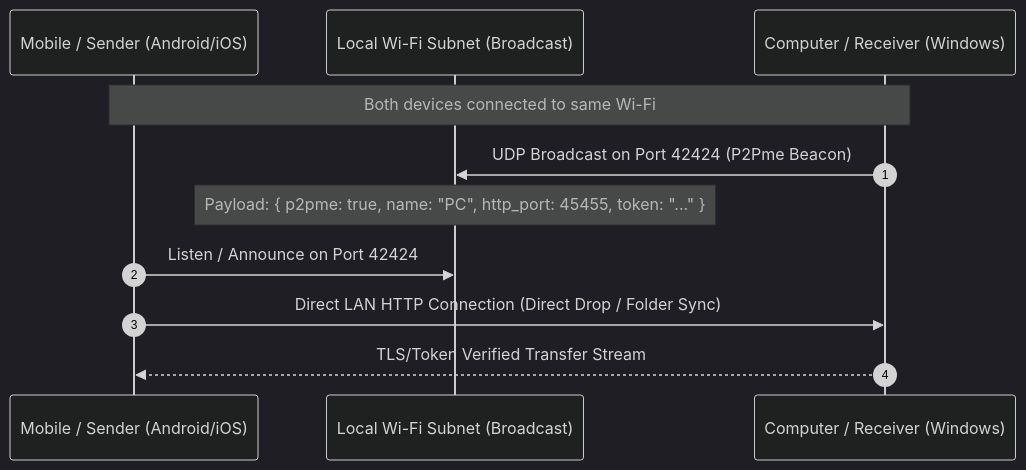
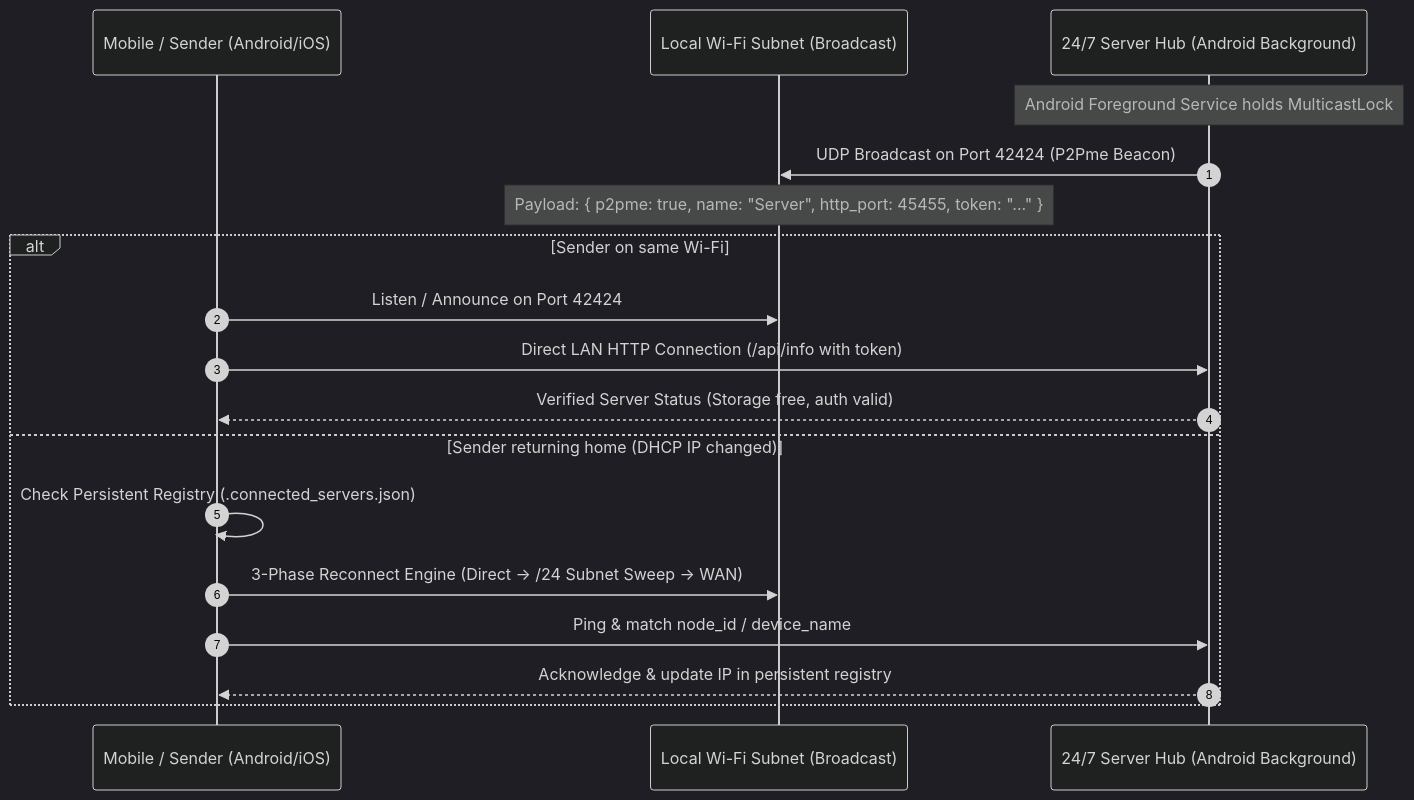
The second of 7 diagrams in ARCHITECTURE.md (MizopaRalte/p2pme), drawn with Mermaid (dark theme) before and after one commit. The commit also changed other lines of this file and 15 other files, not shown here.

Commit message:
feat: zero-config global WAN connectivity, persistent server registry, and UPnP discovery

````diff
--- a/ARCHITECTURE.md
+++ b/ARCHITECTURE.md
@@ -137,14 +139,22 @@
 ```mermaid
 sequenceDiagram
     autonumber
     participant Phone as Mobile / Sender (Android/iOS)
     participant Subnet as Local Wi-Fi Subnet (Broadcast)
-    participant Desktop as Computer / Receiver (Windows)
+    participant Server as 24/7 Server Hub (Android Background)
 
-    Note over Phone,Desktop: Both devices connected to same Wi-Fi
-    Desktop->>Subnet: UDP Broadcast on Port 42424 (P2Pme Beacon)
-    Note over Subnet: Payload: { p2pme: true, name: "PC", http_port: 45455, token: "..." }
-    Phone->>Subnet: Listen / Announce on Port 42424
-    Phone->>Desktop: Direct LAN HTTP Connection (Direct Drop / Folder Sync)
-    Desktop-->>Phone: TLS/Token Verified Transfer Stream
+    Note over Server: Android Foreground Service holds MulticastLock
+    Server->>Subnet: UDP Broadcast on Port 42424 (P2Pme Beacon)
+    Note over Subnet: Payload: { p2pme: true, name: "Server", http_port: 45455, token: "..." }
+    
+    alt Sender on same Wi-Fi
+        Phone->>Subnet: Listen / Announce on Port 42424
+        Phone->>Server: Direct LAN HTTP Connection (/api/info with token)
+        Server-->>Phone: Verified Server Status (Storage free, auth valid)
+    else Sender returning home (DHCP IP changed)
+        Phone->>Phone: Check Persistent Registry (.connected_servers.json)
+        Phone->>Subnet: 3-Phase Reconnect Engine (Direct -> /24 Subnet Sweep -> WAN)
+        Phone->>Server: Ping & match node_id / device_name
+        Server-->>Phone: Acknowledge & update IP in persistent registry
+    end
 ```
````
